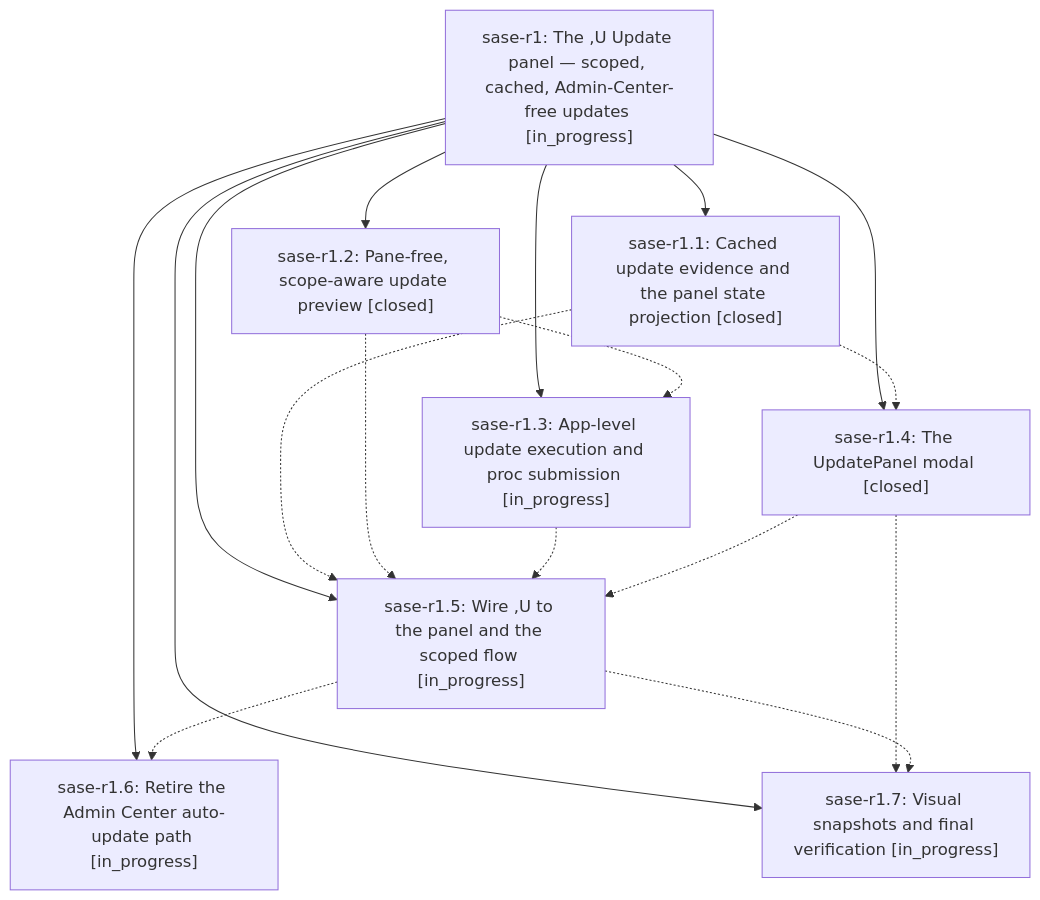
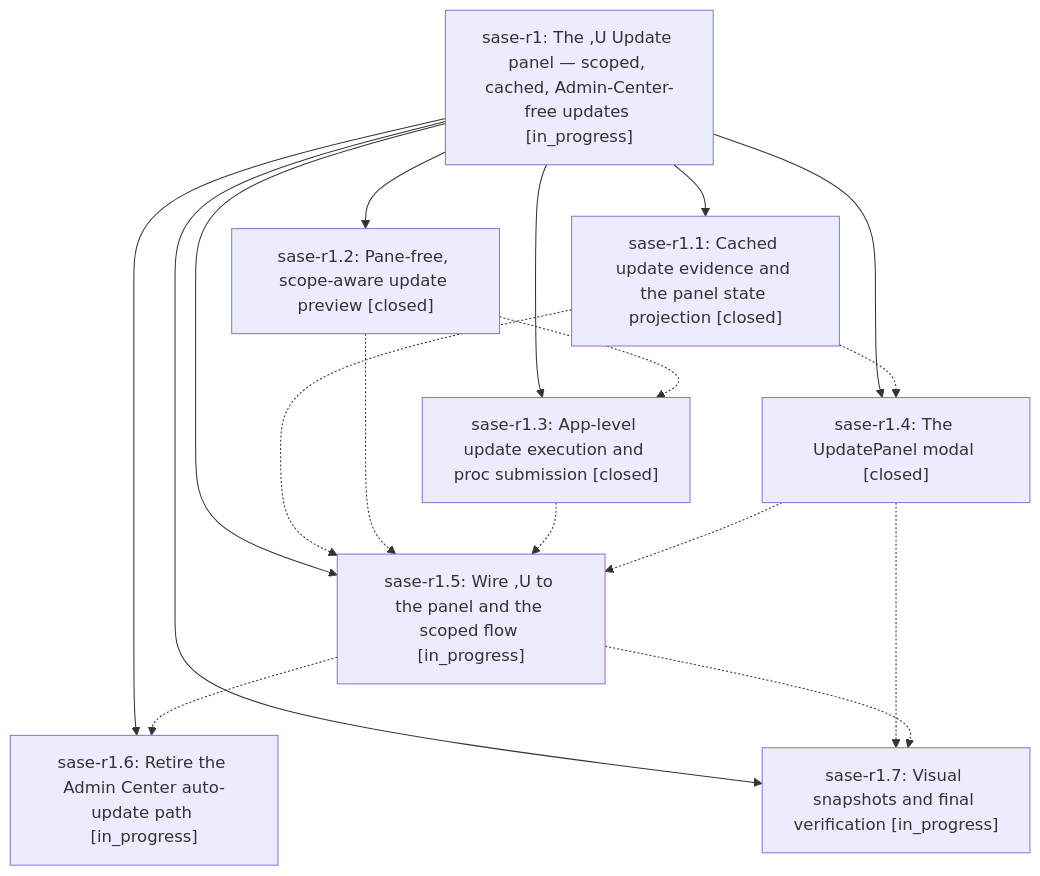
One commit to sase-org/sase--beads changed the diagram in pages/sase-r1/README.md. Above: the diagram before and after it, drawn with Mermaid. The commit also changed other lines of this file and 3 other files, not shown here.

````diff
--- a/pages/sase-r1/README.md
+++ b/pages/sase-r1/README.md
@@ -28,27 +28,27 @@
 ```mermaid
 flowchart TD
     n0["sase-r1: The ,U Update panel — scoped, cached, Admin-Center-free updates [in_progress]"]
     n1["sase-r1.1: Cached update evidence and the panel state projection [closed]"]
     n2["sase-r1.2: Pane-free, scope-aware update preview [closed]"]
-    n3["sase-r1.3: App-level update execution and proc submission [in_progress]"]
+    n3["sase-r1.3: App-level update execution and proc submission [closed]"]
     n4["sase-r1.4: The UpdatePanel modal [closed]"]
     n5["sase-r1.5: Wire ,U to the panel and the scoped flow [in_progress]"]
     n6["sase-r1.6: Retire the Admin Center auto-update path [in_progress]"]
     n7["sase-r1.7: Visual snapshots and final verification [in_progress]"]
     n0 --> n1
     n0 --> n2
     n0 --> n3
     n0 --> n4
     n0 --> n5
     n0 --> n6
     n0 --> n7
     n1 -.-> n4
     n1 -.-> n5
     n2 -.-> n3
     n2 -.-> n5
     n3 -.-> n5
     n4 -.-> n5
     n4 -.-> n7
     n5 -.-> n6
     n5 -.-> n7
 ```
````
